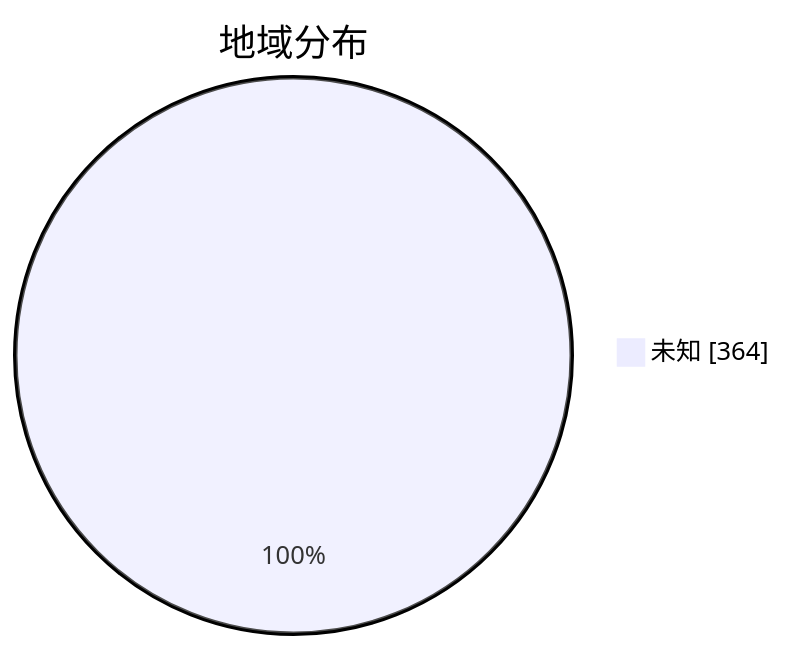
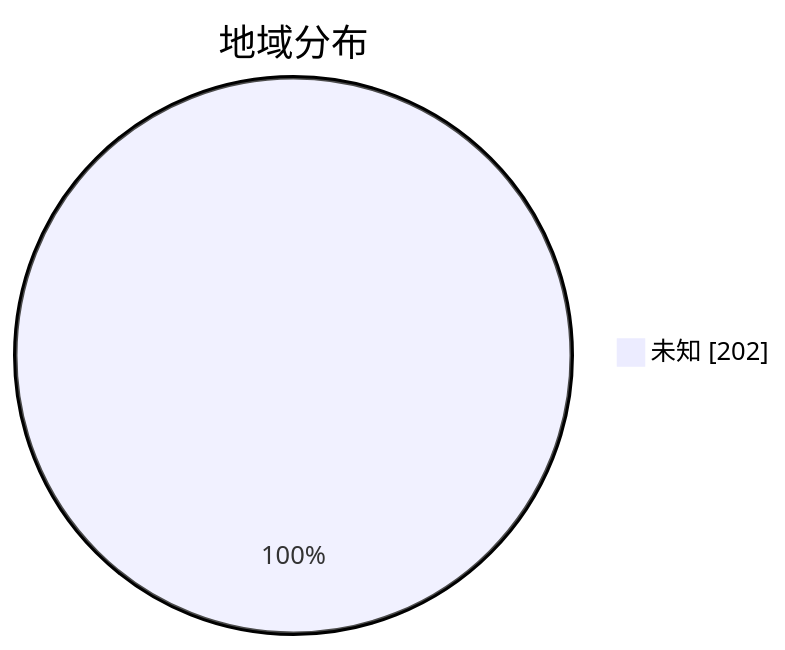
Before and after one commit to qjlxg/airport: the second of 3 diagrams in subs/statistics/tested_within.md, drawn with Mermaid. The commit also changed other lines of this file and 2 other files, not shown here.

````diff
--- a/subs/statistics/tested_within.md
+++ b/subs/statistics/tested_within.md
@@ -14,5 +12,5 @@
 ```mermaid
 pie showData
 title 地域分布
-"未知" : 364
+"未知" : 202
 ```
````
